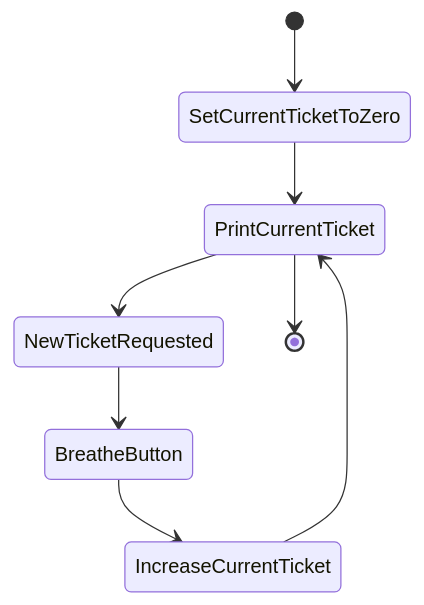
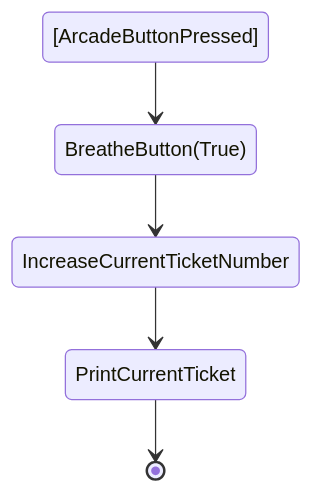
One commit to headstrongsolutions/take_a_ticket changed the second of 3 diagrams in README.md. Above: the diagram before and after it, drawn with Mermaid. The commit also changed other lines of this file, not shown here.

````diff
--- a/README.md
+++ b/README.md
@@ -115,11 +131,7 @@
 ```mermaid
 stateDiagram-v2
-    [*] --> SetCurrentTicketToZero
-    SetCurrentTicketToZero --> PrintCurrentTicket
-    PrintCurrentTicket --> NewTicketRequested
-    NewTicketRequested --> BreatheButton
-    BreatheButton --> IncreaseCurrentTicket
-    IncreaseCurrentTicket --> PrintCurrentTicket
+    [ArcadeButtonPressed] --> BreatheButton(True)
+    BreatheButton(True) --> IncreaseCurrentTicketNumber
+    IncreaseCurrentTicketNumber --> PrintCurrentTicket
     PrintCurrentTicket --> [*]
-    
 ```
````
